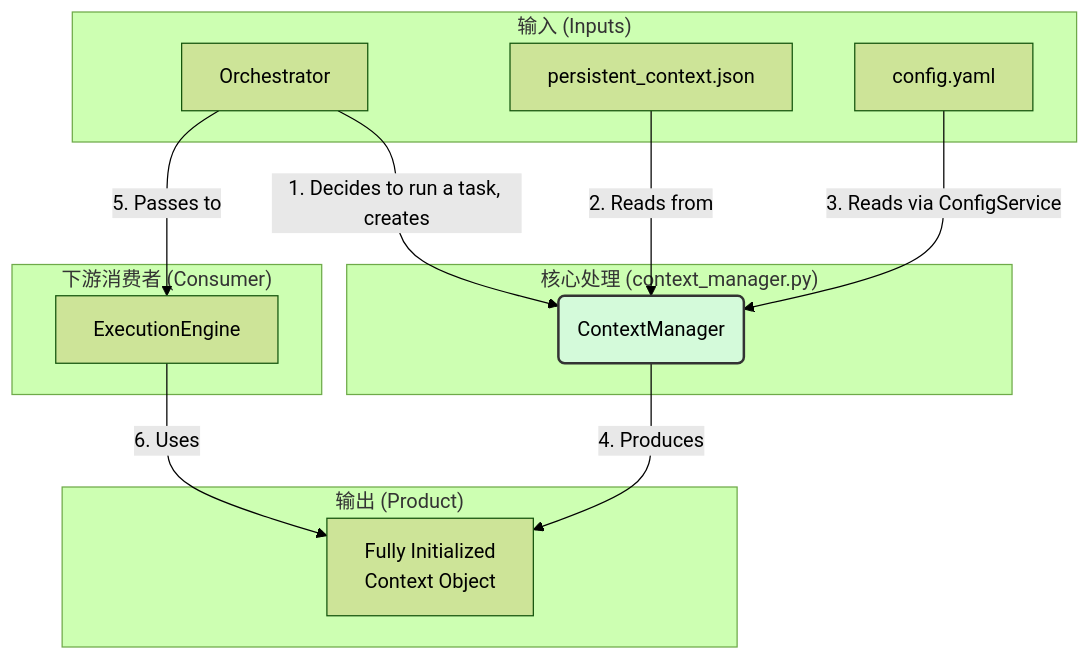
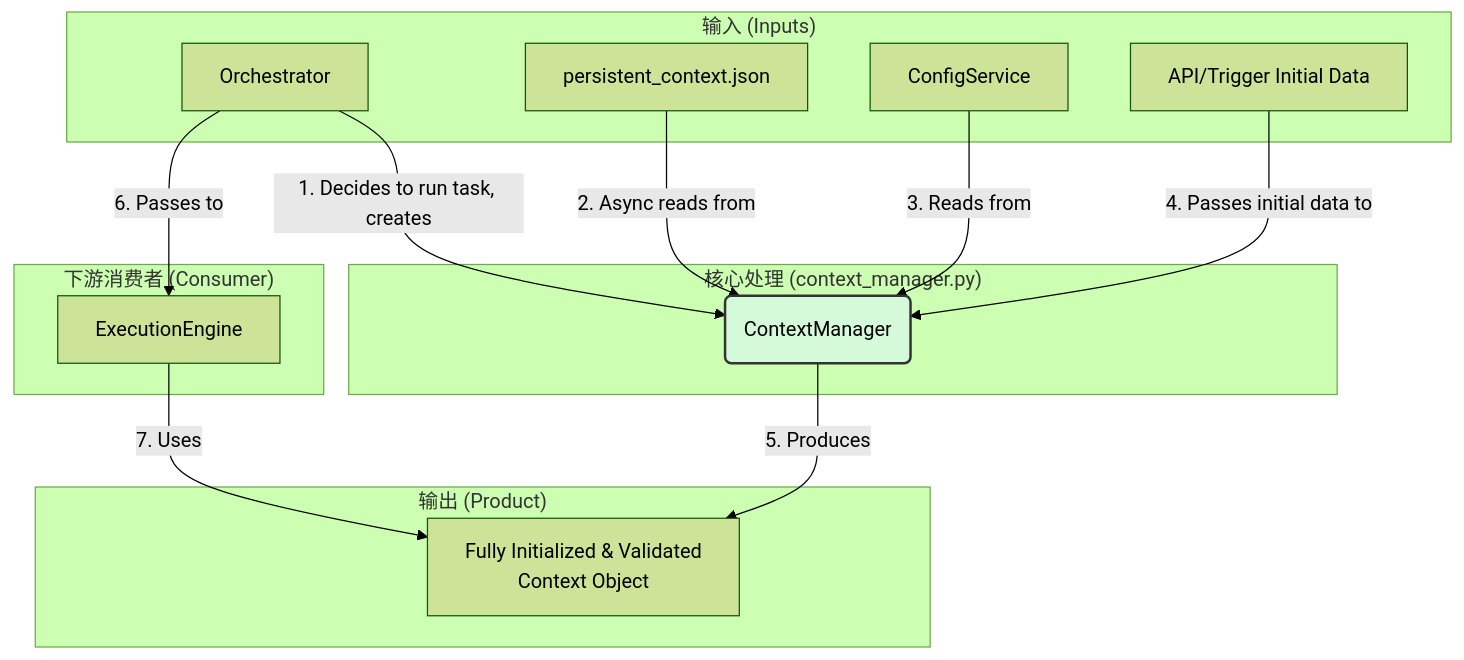
One commit to nightofknife/aura-framework changed the first of 2 diagrams in readme/core_doc/context_manager.md. Above: the diagram before and after it, drawn with Mermaid (forest theme). The commit also changed other lines of this file and 22 other files, not shown here.

````diff
--- a/readme/core_doc/context_manager.md
+++ b/readme/core_doc/context_manager.md
@@ -16,30 +18,32 @@
 ```mermaid
 graph TD
     subgraph "输入 (Inputs)"
         A[Orchestrator]
         B[persistent_context.json]
-        C[config.yaml]
+        C[ConfigService]
+        D[API/Trigger Initial Data]
     end
 
     subgraph "核心处理 (context_manager.py)"
         CM(ContextManager)
     end
     
     subgraph "输出 (Product)"
-        CTX["Fully Initialized <br> Context Object"]
+        CTX["Fully Initialized & Validated <br> Context Object"]
     end
 
     subgraph "下游消费者 (Consumer)"
         EE[ExecutionEngine]
     end
 
-    A -- "1. Decides to run a task, creates" --> CM;
-    B -- "2. Reads from" --> CM;
-    C -- "3. Reads via ConfigService" --> CM;
+    A -- "1. Decides to run task, creates" --> CM;
+    B -- "2. Async reads from" --> CM;
+    C -- "3. Reads from" --> CM;
+    D -- "4. Passes initial data to" --> CM
     
-    CM -- "4. Produces" --> CTX;
-    A -- "5. Passes to" --> EE;
-    EE -- "6. Uses" --> CTX;
+    CM -- "5. Produces" --> CTX;
+    A -- "6. Passes to" --> EE;
+    EE -- "7. Uses" --> CTX;
 
     style CM fill:#d4fada,stroke:#333,stroke-width:2px
 ```
````
